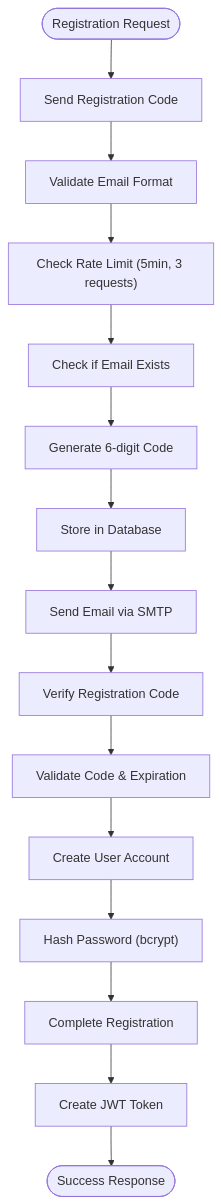
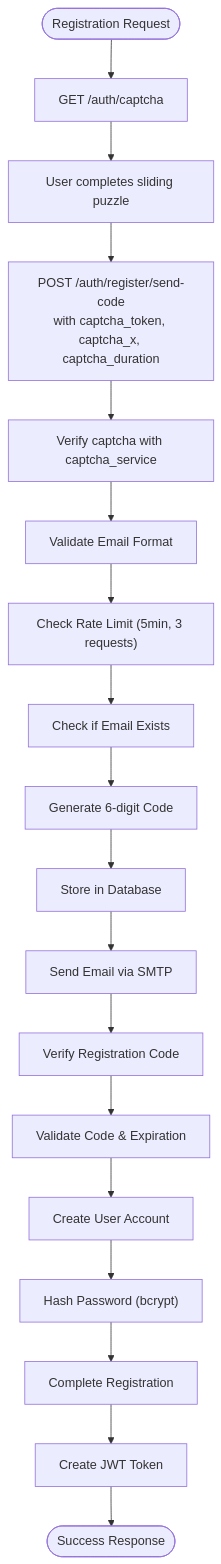
One commit to rainRise/aidiary changed the third of 7 diagrams in .qoder/repowiki/en/content/Backend System/Service Layer Implementation/Authentication Service.md. Above: the diagram before and after it, drawn with Mermaid. The commit also changed other lines of this file and 16 other files, not shown here.

````diff
--- a/.qoder/repowiki/en/content/Backend System/Service Layer Implementation/Authentication Service.md
+++ b/.qoder/repowiki/en/content/Backend System/Service Layer Implementation/Authentication Service.md
@@ -179,17 +207,20 @@
 ```mermaid
 flowchart TD
-Start([Registration Request]) --> SendCode["Send Registration Code"]
-SendCode --> ValidateEmail["Validate Email Format"]
+Start([Registration Request]) --> GetCaptcha["GET /auth/captcha"]
+GetCaptcha --> UserSlide["User completes sliding puzzle"]
+UserSlide --> SendCode["POST /auth/register/send-code<br/>with captcha_token, captcha_x, captcha_duration"]
+SendCode --> VerifyCaptcha["Verify captcha with captcha_service"]
+VerifyCaptcha --> ValidateEmail["Validate Email Format"]
 ValidateEmail --> CheckRateLimit["Check Rate Limit (5min, 3 requests)"]
 CheckRateLimit --> CheckExisting["Check if Email Exists"]
 CheckExisting --> GenerateCode["Generate 6-digit Code"]
 GenerateCode --> StoreCode["Store in Database"]
 StoreCode --> SendEmail["Send Email via SMTP"]
 SendEmail --> VerifyCode["Verify Registration Code"]
 VerifyCode --> ValidateCode["Validate Code & Expiration"]
 ValidateCode --> CreateUser["Create User Account"]
 CreateUser --> HashPassword["Hash Password (bcrypt)"]
 HashPassword --> CompleteRegistration["Complete Registration"]
 CompleteRegistration --> CreateToken["Create JWT Token"]
 CreateToken --> Success([Success Response])
 ```
````
